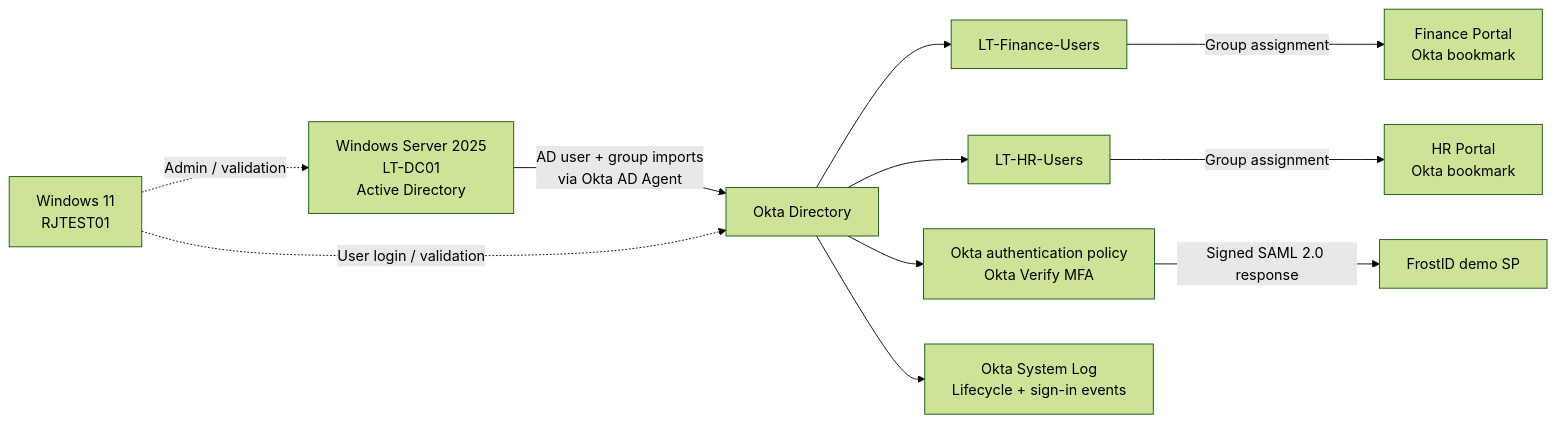
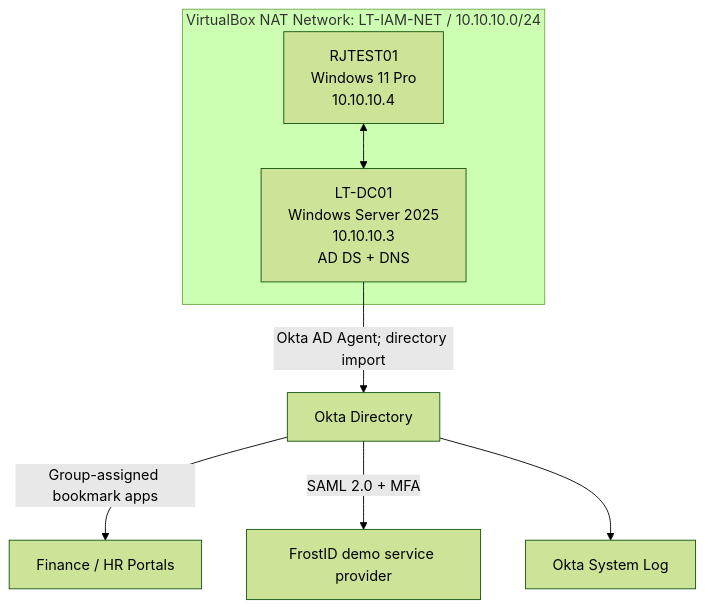
Before and after one commit to Rjjohnson313/LightTech-Enterprise-IAM-Lab: the diagram in README.md, drawn with Mermaid (forest theme). The commit also changed other lines of this file and 1 other file, not shown here.

````diff
--- a/README.md
+++ b/README.md
@@ -38,13 +5,12 @@
 ```mermaid
-flowchart LR
-    A[Windows Server 2025<br/>LT-DC01<br/>Active Directory] -->|AD user + group imports<br/>via Okta AD Agent| B[Okta Directory]
-    B --> C[LT-Finance-Users]
-    B --> D[LT-HR-Users]
-    C -->|Group assignment| E[Finance Portal<br/>Okta bookmark]
-    D -->|Group assignment| F[HR Portal<br/>Okta bookmark]
-    B --> G[Okta authentication policy<br/>Okta Verify MFA]
-    G -->|Signed SAML 2.0 response| H[FrostID demo SP]
-    B --> I[Okta System Log<br/>Lifecycle + sign-in events]
-    J[Windows 11<br/>RJTEST01] -.->|Admin / validation| A
-    J -.->|User login / validation| B
+flowchart TD
+    subgraph VM[VirtualBox NAT Network: LT-IAM-NET / 10.10.10.0/24]
+      DC[LT-DC01<br/>Windows Server 2025<br/>10.10.10.3<br/>AD DS + DNS]
+      PC[RJTEST01<br/>Windows 11 Pro<br/>10.10.10.4]
+      PC <--> DC
+    end
+    DC -->|Okta AD Agent; directory import| OKTA[Okta Directory]
+    OKTA -->|Group-assigned bookmark apps| BOOKMARKS[Finance / HR Portals]
+    OKTA -->|SAML 2.0 + MFA| SP[FrostID demo service provider]
+    OKTA --> LOG[Okta System Log]
 ```
````
